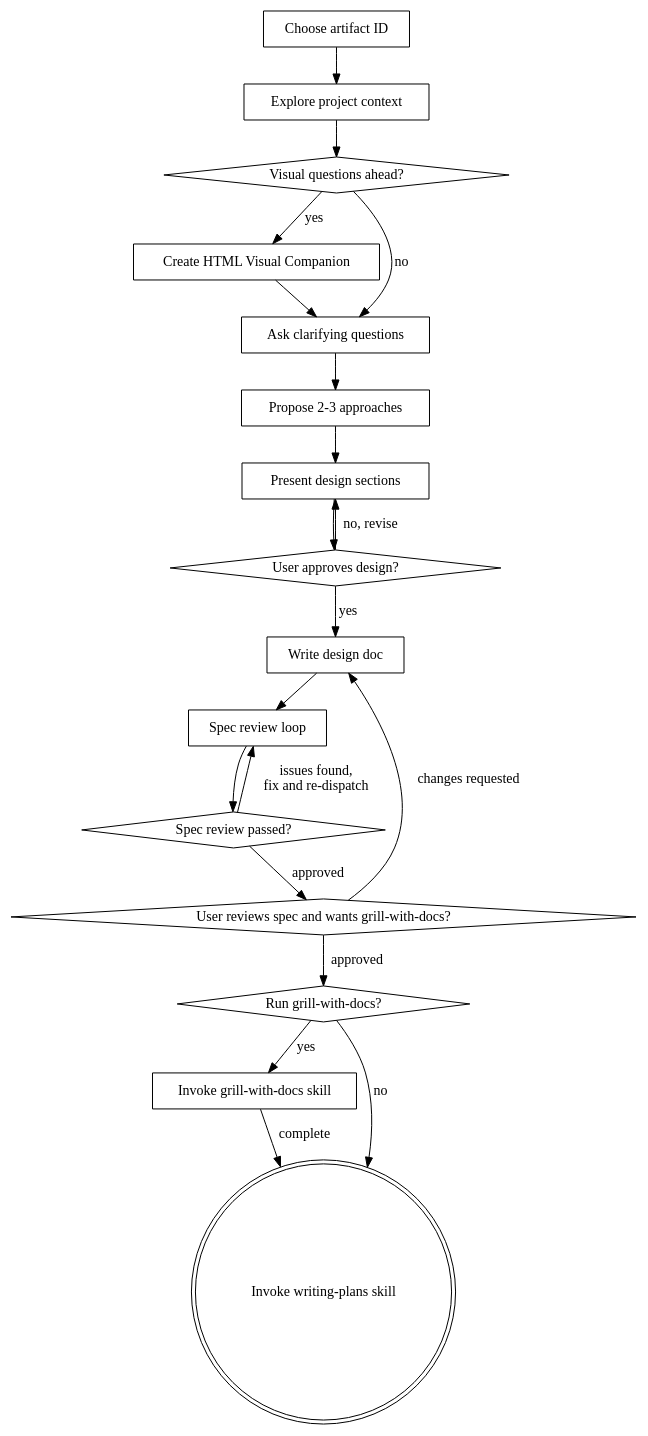
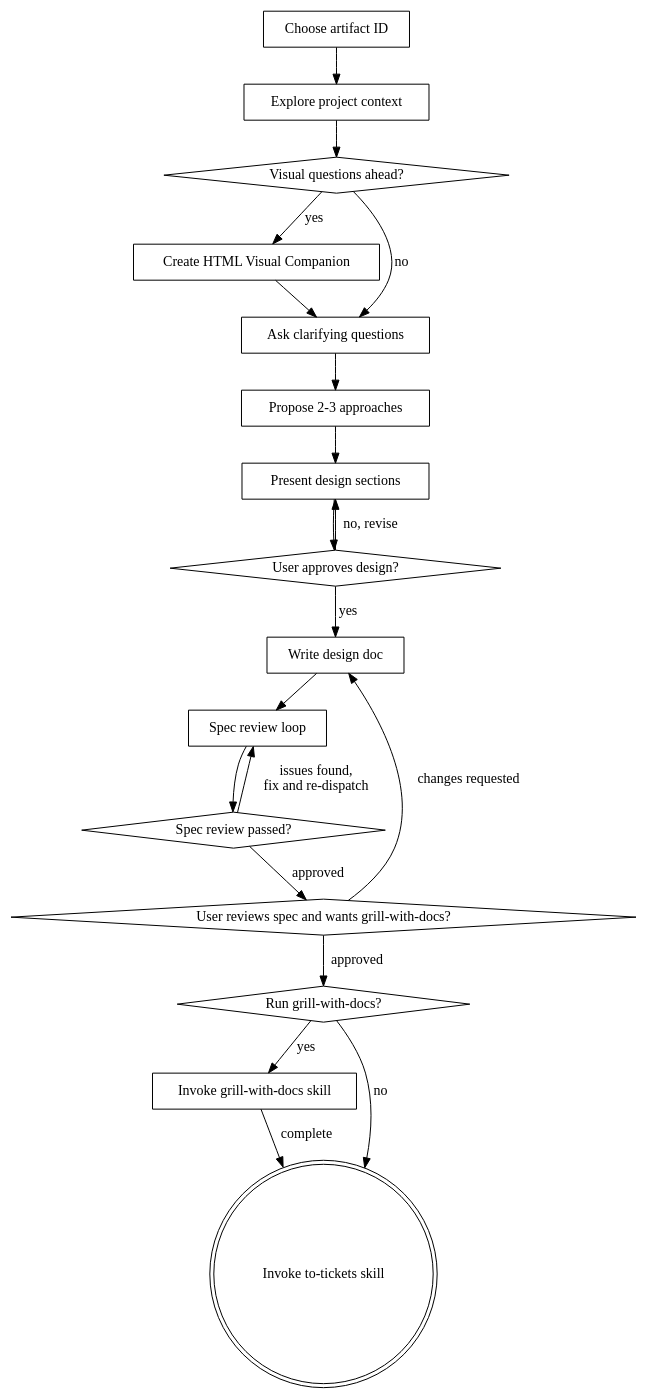
The diagram in skills/brainstorming/SKILL.md (stanley50z/sz-skills), drawn with Graphviz before and after one commit. The commit also changed other lines of this file and 25 other files, not shown here.

````diff
--- a/skills/brainstorming/SKILL.md
+++ b/skills/brainstorming/SKILL.md
@@ -37,39 +37,39 @@
 ```dot
 digraph brainstorming {
     "Choose artifact ID" [shape=box];
     "Explore project context" [shape=box];
     "Visual questions ahead?" [shape=diamond];
     "Create HTML Visual Companion" [shape=box];
     "Ask clarifying questions" [shape=box];
     "Propose 2-3 approaches" [shape=box];
     "Present design sections" [shape=box];
     "User approves design?" [shape=diamond];
     "Write design doc" [shape=box];
     "Spec review loop" [shape=box];
     "Spec review passed?" [shape=diamond];
     "User reviews spec and wants grill-with-docs?" [shape=diamond];
     "Run grill-with-docs?" [shape=diamond];
     "Invoke grill-with-docs skill" [shape=box];
-    "Invoke writing-plans skill" [shape=doublecircle];
+    "Invoke to-tickets skill" [shape=doublecircle];
 
     "Choose artifact ID" -> "Explore project context";
     "Explore project context" -> "Visual questions ahead?";
     "Visual questions ahead?" -> "Create HTML Visual Companion" [label="yes"];
     "Visual questions ahead?" -> "Ask clarifying questions" [label="no"];
     "Create HTML Visual Companion" -> "Ask clarifying questions";
     "Ask clarifying questions" -> "Propose 2-3 approaches";
     "Propose 2-3 approaches" -> "Present design sections";
     "Present design sections" -> "User approves design?";
     "User approves design?" -> "Present design sections" [label="no, revise"];
     "User approves design?" -> "Write design doc" [label="yes"];
     "Write design doc" -> "Spec review loop";
     "Spec review loop" -> "Spec review passed?";
     "Spec review passed?" -> "Spec review loop" [label="issues found,\nfix and re-dispatch"];
     "Spec review passed?" -> "User reviews spec and wants grill-with-docs?" [label="approved"];
     "User reviews spec and wants grill-with-docs?" -> "Write design doc" [label="changes requested"];
     "User reviews spec and wants grill-with-docs?" -> "Run grill-with-docs?" [label="approved"];
     "Run grill-with-docs?" -> "Invoke grill-with-docs skill" [label="yes"];
-    "Invoke grill-with-docs skill" -> "Invoke writing-plans skill" [label="complete"];
-    "Run grill-with-docs?" -> "Invoke writing-plans skill" [label="no"];
+    "Invoke grill-with-docs skill" -> "Invoke to-tickets skill" [label="complete"];
+    "Run grill-with-docs?" -> "Invoke to-tickets skill" [label="no"];
 }
 ```
````
